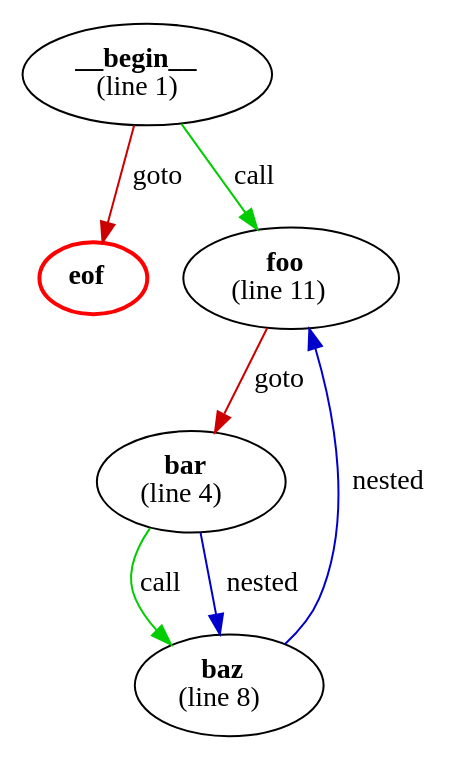
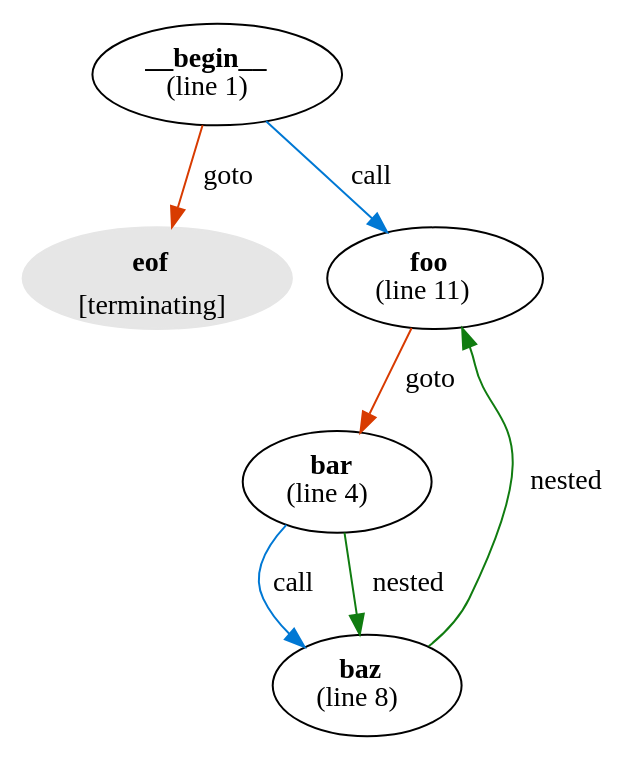
Before and after one commit to microsoft/cmd-call-graph: the diagram in examples/example1-noshowall.dot, drawn with Graphviz. The commit also changed 7 other files, not shown here.

```diff
--- a/examples/example1-noshowall.dot
+++ b/examples/example1-noshowall.dot
@@ -1,13 +1,13 @@
 digraph g {
 "__begin__" [label=<<b>__begin__</b><br/>(line 1)>]
-"__begin__" -> "eof" [label=goto,color=red3]
-"__begin__" -> "foo" [label=call,color=green3]
+"__begin__" -> "eof" [label=" goto",color="#d83b01"]
+"__begin__" -> "foo" [label=" call",color="#0078d4"]
 "bar" [label=<<b>bar</b><br/>(line 4)>]
-"bar" -> "baz" [label=call,color=green3]
-"bar" -> "baz" [label=nested,color=blue3]
+"bar" -> "baz" [label=" call",color="#0078d4"]
+"bar" -> "baz" [label=" nested",color="#107c10"]
 "baz" [label=<<b>baz</b><br/>(line 8)>]
-"baz" -> "foo" [label=nested,color=blue3]
-"eof" [label=<<b>eof</b>>,color=red,penwidth=2]
+"baz" -> "foo" [label=" nested",color="#107c10"]
+"eof" [color="#e6e6e6",style=filled,label=<<b>eof</b><br/><sub>[terminating]</sub>>]
 "foo" [label=<<b>foo</b><br/>(line 11)>]
-"foo" -> "bar" [label=goto,color=red3]
+"foo" -> "bar" [label=" goto",color="#d83b01"]
 }
```
